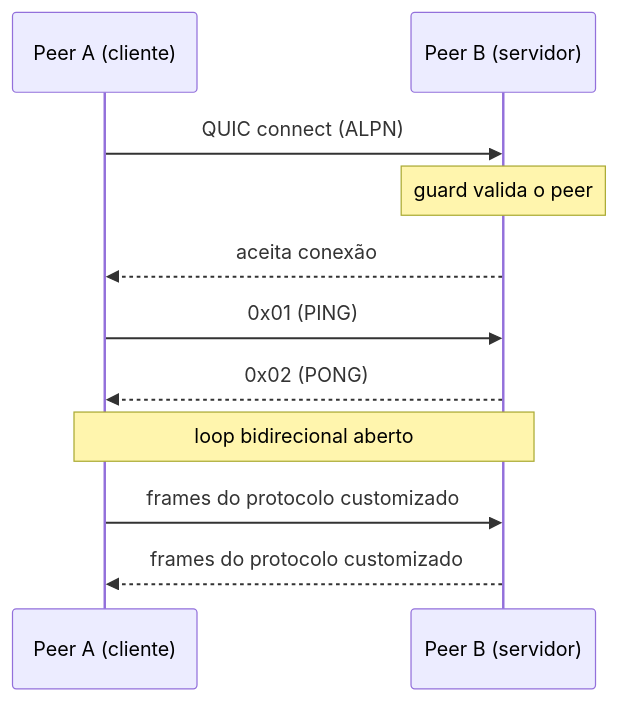
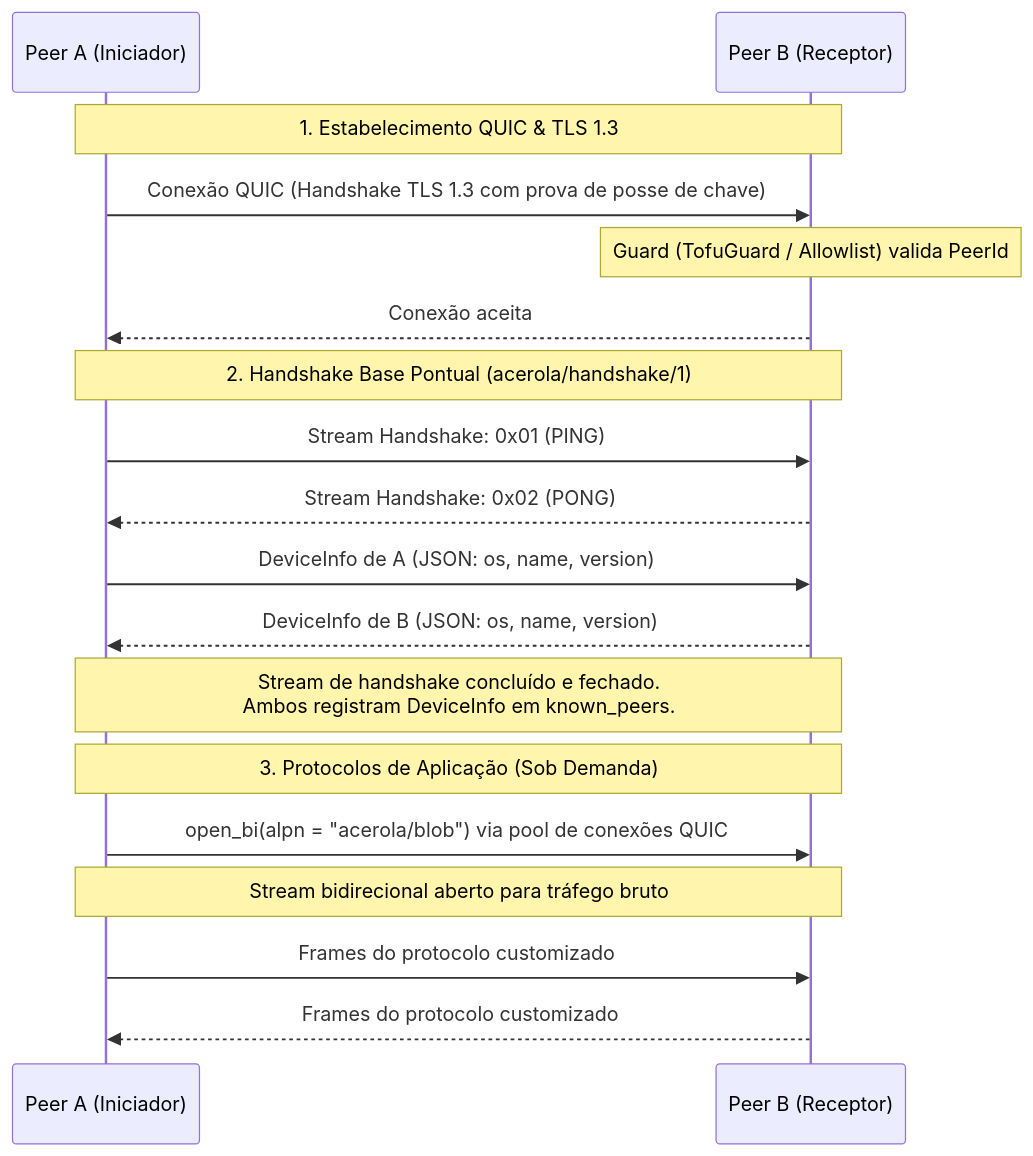
The second of 2 diagrams in p2p/README.md (Vinicius-Gabriel-P-Leitao/acerola-reader), drawn with Mermaid before and after one commit. The commit also changed other lines of this file, not shown here.

Commit message:
[docs](p2p): Atualiza README.md com documentação completa da arquitetura e APIs em PT-BR.

````diff
--- a/p2p/README.md
+++ b/p2p/README.md
@@ -39,14 +44,23 @@
 ```mermaid
 sequenceDiagram
-    participant A as Peer A (cliente)
-    participant B as Peer B (servidor)
+    participant A as Peer A (Iniciador)
+    participant B as Peer B (Receptor)
 
-    A->>B: QUIC connect (ALPN)
-    Note over B: guard valida o peer
-    B-->>A: aceita conexão
-    A->>B: 0x01 (PING)
-    B-->>A: 0x02 (PONG)
-    Note over A,B: loop bidirecional aberto
-    A->>B: frames do protocolo customizado
-    B-->>A: frames do protocolo customizado
+    Note over A,B: 1. Estabelecimento QUIC & TLS 1.3
+    A->>B: Conexão QUIC (Handshake TLS 1.3 com prova de posse de chave)
+    Note over B: Guard (TofuGuard / Allowlist) valida PeerId
+    B-->>A: Conexão aceita
+
+    Note over A,B: 2. Handshake Base Pontual (acerola/handshake/1)
+    A->>B: Stream Handshake: 0x01 (PING)
+    B-->>A: Stream Handshake: 0x02 (PONG)
+    A->>B: DeviceInfo de A (JSON: os, name, version)
+    B-->>A: DeviceInfo de B (JSON: os, name, version)
+    Note over A,B: Stream de handshake concluído e fechado.<br/>Ambos registram DeviceInfo em known_peers.
+
+    Note over A,B: 3. Protocolos de Aplicação (Sob Demanda)
+    A->>B: open_bi(alpn = "acerola/blob") via pool de conexões QUIC
+    Note over A,B: Stream bidirecional aberto para tráfego bruto
+    A->>B: Frames do protocolo customizado
+    B-->>A: Frames do protocolo customizado
 ```
````
